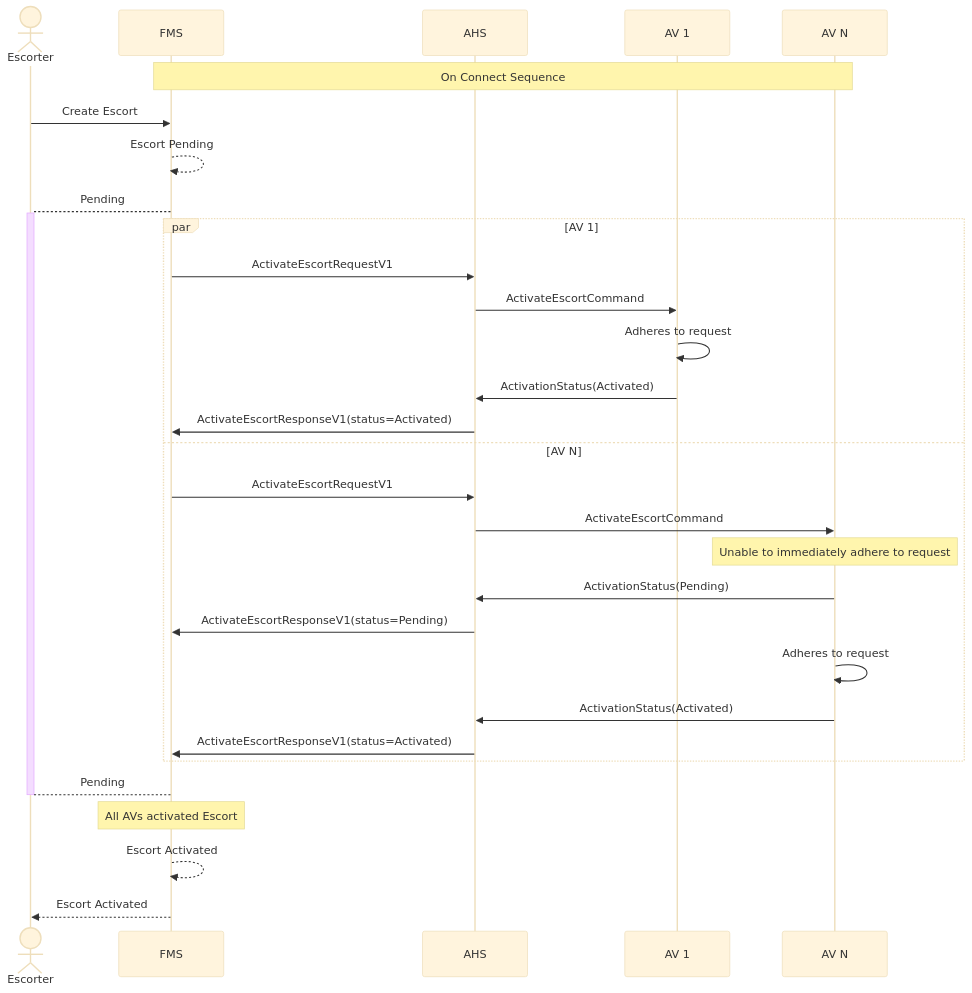
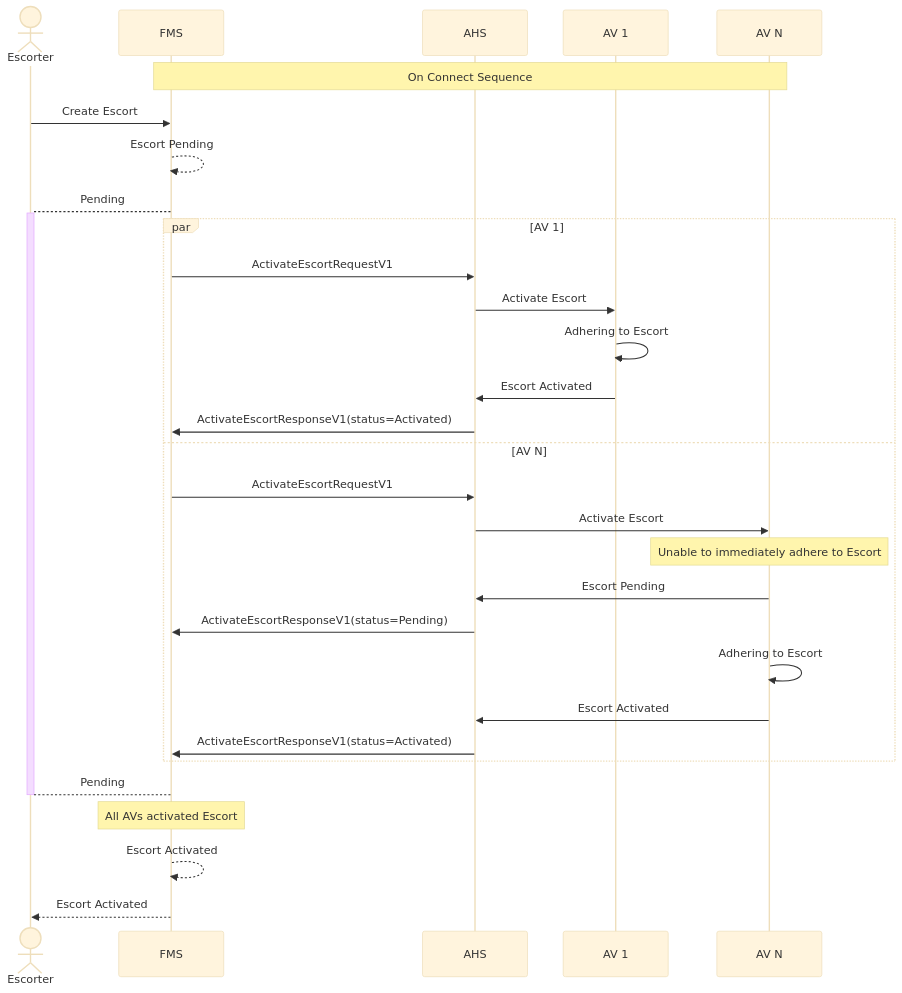
The second of 3 diagrams in diagram/EscortActivation.md (open-autonomy/escort), drawn with Mermaid (base theme) before and after one commit. The commit also changed other lines of this file, not shown here.

Commit message:
Generic communication between AHS and AV

````diff
--- a/diagram/EscortActivation.md
+++ b/diagram/EscortActivation.md
@@ -50,34 +50,34 @@
 ```mermaid
 sequenceDiagram
     actor Escorter
     participant FMS
     participant AHS
     participant AV 1
     participant AV N
 
     Note over FMS,AV N: On Connect Sequence
     Escorter->>FMS: Create Escort
     FMS-->>FMS: Escort Pending
     FMS-->+Escorter: Pending
     par AV 1
     FMS->>AHS: ActivateEscortRequestV1
-    AHS->>AV 1: ActivateEscortCommand
-        AV 1->>AV 1: Adheres to request
-    AV 1->>AHS: ActivationStatus(Activated)
+    AHS->>AV 1: Activate Escort
+        AV 1->>AV 1: Adhering to Escort
+    AV 1->>AHS: Escort Activated
     AHS->>FMS: ActivateEscortResponseV1(status=Activated)
     and AV N
     FMS->>AHS: ActivateEscortRequestV1
-    AHS->>AV N: ActivateEscortCommand
-        Note Over AV N: Unable to immediately adhere to request
-    AV N->>AHS: ActivationStatus(Pending)
+    AHS->>AV N: Activate Escort
+        Note Over AV N: Unable to immediately adhere to Escort
+    AV N->>AHS: Escort Pending
     AHS->>FMS: ActivateEscortResponseV1(status=Pending)
-        AV N->>AV N: Adheres to request
-    AV N->>AHS: ActivationStatus(Activated)
+        AV N->>AV N: Adhering to Escort
+    AV N->>AHS: Escort Activated
     AHS->>FMS: ActivateEscortResponseV1(status=Activated)
     end
 
     Escorter-->-FMS: Pending
     Note Over FMS: All AVs activated Escort
     FMS-->>FMS: Escort Activated
     FMS-->>Escorter: Escort Activated
 ```
````
